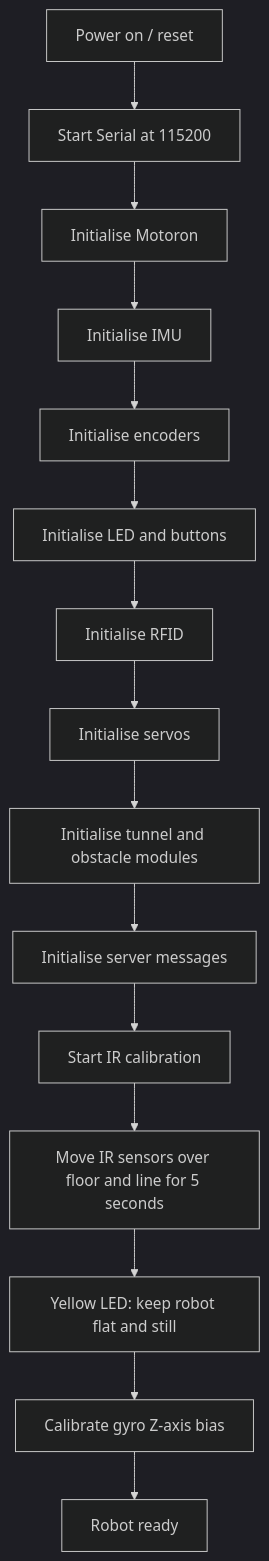
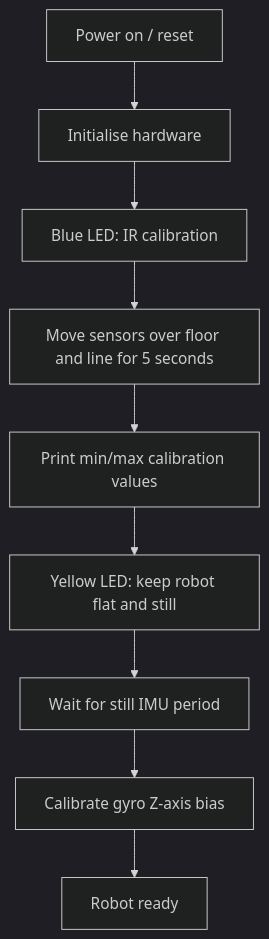
Before and after one commit to Nolanyu99/term3_robot: the fourth of 14 diagrams in README.md, drawn with Mermaid (dark theme). The commit also changed other lines of this file, not shown here.

````diff
--- a/README.md
+++ b/README.md
@@ -318,18 +427,11 @@
 ```mermaid
 flowchart TD
-    A[Power on / reset] --> B[Start Serial at 115200]
-    B --> C[Initialise Motoron]
-    C --> D[Initialise IMU]
-    D --> E[Initialise encoders]
-    E --> F[Initialise LED and buttons]
-    F --> G[Initialise RFID]
-    G --> H[Initialise servos]
-    H --> I[Initialise tunnel and obstacle modules]
-    I --> J[Initialise server messages]
-    J --> K[Start IR calibration]
-
-    K --> L[Move IR sensors over floor and line for 5 seconds]
-    L --> M[Yellow LED: keep robot flat and still]
-    M --> N[Calibrate gyro Z-axis bias]
-    N --> O[Robot ready]
+    A[Power on / reset] --> B[Initialise hardware]
+    B --> C[Blue LED: IR calibration]
+    C --> D[Move sensors over floor and line for 5 seconds]
+    D --> E[Print min/max calibration values]
+    E --> F[Yellow LED: keep robot flat and still]
+    F --> G[Wait for still IMU period]
+    G --> H[Calibrate gyro Z-axis bias]
+    H --> I[Robot ready]
 ```
````
